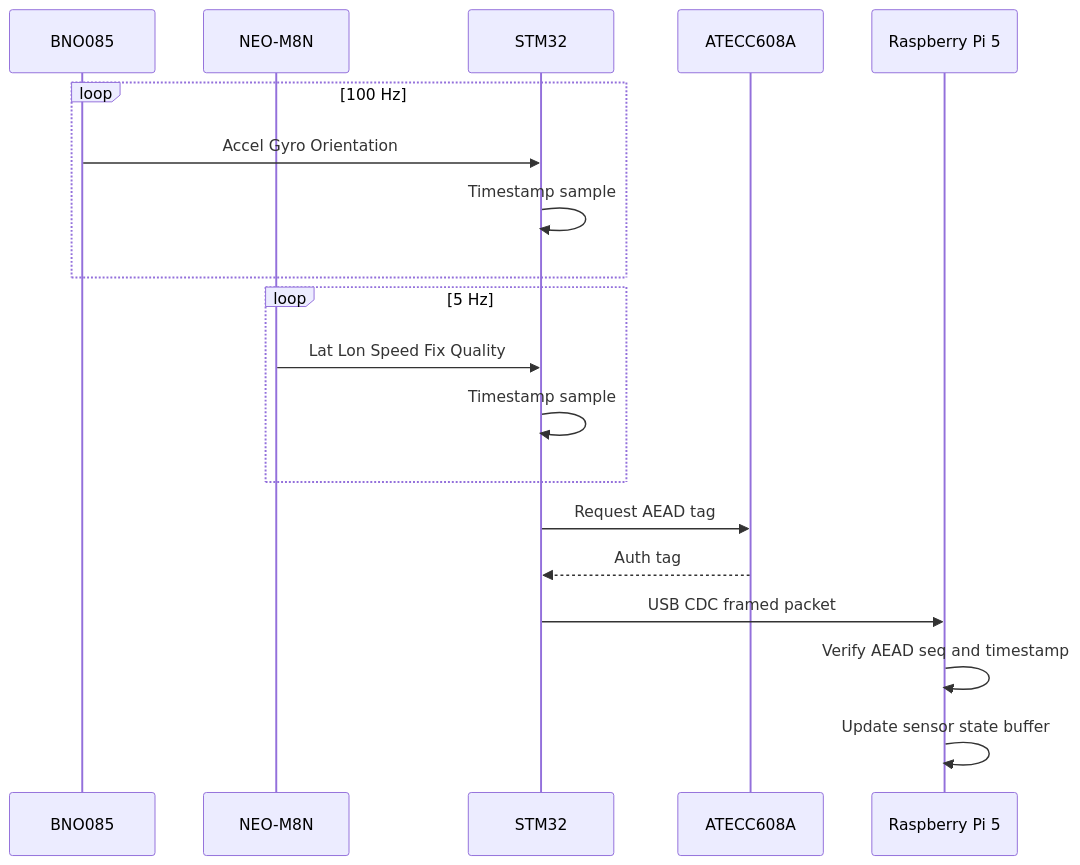
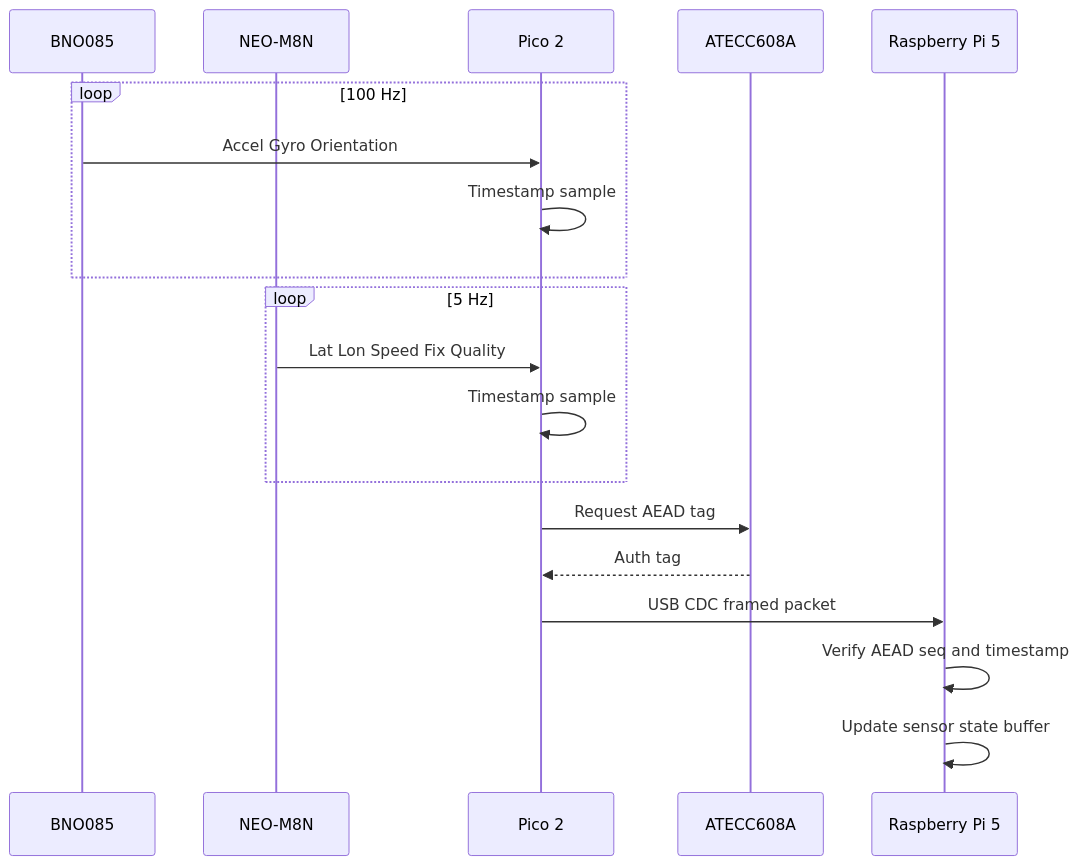
The fourth of 8 diagrams in docs/hardware-architecture.md (BlueWaves-afk/vigia-raspi), drawn with Mermaid before and after one commit. The commit also changed other lines of this file and 6 other files, not shown here.

Commit message:
Pivot from stm32f411ce to raspi pico2

````diff
--- a/docs/hardware-architecture.md
+++ b/docs/hardware-architecture.md
@@ -220,24 +252,24 @@
 ```mermaid
 sequenceDiagram
   participant IMU as BNO085
   participant GPS as NEO-M8N
-  participant MCU as STM32
+  participant MCU as Pico 2
   participant SE as ATECC608A
   participant Pi as Raspberry Pi 5
 
   loop 100 Hz
     IMU->>MCU: Accel Gyro Orientation
     MCU->>MCU: Timestamp sample
   end
 
   loop 5 Hz
     GPS->>MCU: Lat Lon Speed Fix Quality
     MCU->>MCU: Timestamp sample
   end
 
   MCU->>SE: Request AEAD tag
   SE-->>MCU: Auth tag
   MCU->>Pi: USB CDC framed packet
   Pi->>Pi: Verify AEAD seq and timestamp
   Pi->>Pi: Update sensor state buffer
 ```
````
